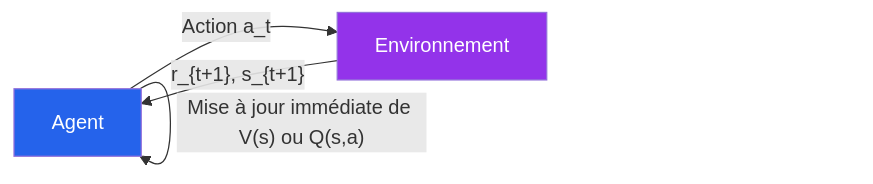
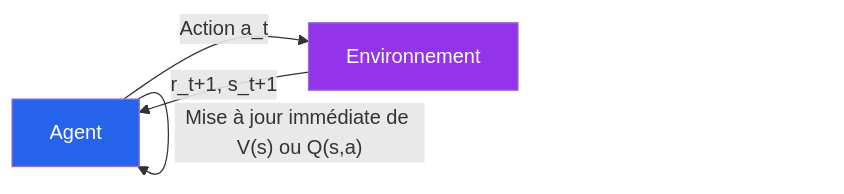
One commit to inskillflow/apprentissage-par-renforcement-fr changed the first of 11 diagrams in 17-Chapitre17-TD-Learning-Complet.md. Above: the diagram before and after it, drawn with Mermaid. The commit also changed other lines of this file, not shown here.

````diff
--- a/17-Chapitre17-TD-Learning-Complet.md
+++ b/17-Chapitre17-TD-Learning-Complet.md
@@ -269,8 +314,8 @@
 ```mermaid
 flowchart LR
     A["Agent"] -->|"Action a_t"| ENV["Environnement"]
-    ENV -->|"r_{t+1}, s_{t+1}"| A
+    ENV -->|"r_t+1, s_t+1"| A
     A -->|"Mise à jour immédiate de V(s) ou Q(s,a)"| A
     style A fill:#2563eb,color:#fff
     style ENV fill:#9333ea,color:#fff
 ```
````
